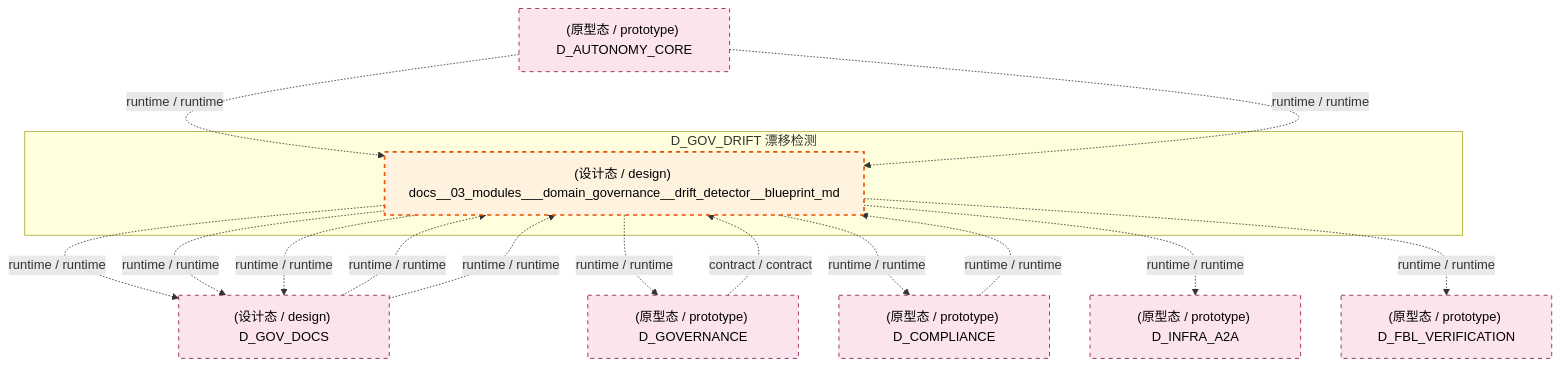
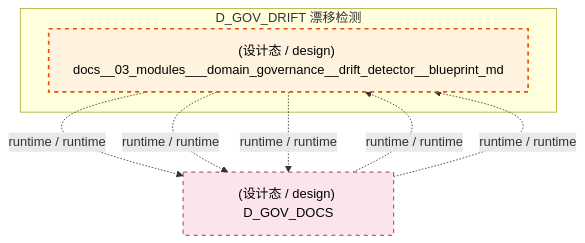
One commit to xuanFelixVan/ZephyrAlpha changed the fifth of 7 diagrams in docs/02_enterprise_architecture/02_domain_architecture_docs/39_d_gov_drift.md. Above: the diagram before and after it, drawn with Mermaid. The commit also changed other lines of this file and 122 other files, not shown here.

````diff
--- a/docs/02_enterprise_architecture/02_domain_architecture_docs/39_d_gov_drift.md
+++ b/docs/02_enterprise_architecture/02_domain_architecture_docs/39_d_gov_drift.md
@@ -531,31 +540,18 @@
 ```mermaid
 graph TD
     subgraph D_GOV_DRIFT["D_GOV_DRIFT 漂移检测"]
         docs_03_modules_domain_governance_drift_detector_blueprint_md["(设计态 / design) docs__03_modules___domain_governance__drift_detector__blueprint_md"]
     end
     D_GOV_DOCS["(设计态 / design) D_GOV_DOCS"]
     docs_03_modules_domain_governance_drift_detector_blueprint_md -.->|runtime / runtime| D_GOV_DOCS
-    D_GOVERNANCE["(原型态 / prototype) D_GOVERNANCE"]
-    docs_03_modules_domain_governance_drift_detector_blueprint_md -.->|runtime / runtime| D_GOVERNANCE
-    D_COMPLIANCE["(原型态 / prototype) D_COMPLIANCE"]
-    docs_03_modules_domain_governance_drift_detector_blueprint_md -.->|runtime / runtime| D_COMPLIANCE
-    D_INFRA_A2A["(原型态 / prototype) D_INFRA_A2A"]
-    docs_03_modules_domain_governance_drift_detector_blueprint_md -.->|runtime / runtime| D_INFRA_A2A
-    D_FBL_VERIFICATION["(原型态 / prototype) D_FBL_VERIFICATION"]
-    docs_03_modules_domain_governance_drift_detector_blueprint_md -.->|runtime / runtime| D_FBL_VERIFICATION
     docs_03_modules_domain_governance_drift_detector_blueprint_md -.->|runtime / runtime| D_GOV_DOCS
     docs_03_modules_domain_governance_drift_detector_blueprint_md -.->|runtime / runtime| D_GOV_DOCS
-    D_COMPLIANCE -.->|runtime / runtime| docs_03_modules_domain_governance_drift_detector_blueprint_md
     D_GOV_DOCS -.->|runtime / runtime| docs_03_modules_domain_governance_drift_detector_blueprint_md
     D_GOV_DOCS -.->|runtime / runtime| docs_03_modules_domain_governance_drift_detector_blueprint_md
-    D_GOVERNANCE -.->|contract / contract| docs_03_modules_domain_governance_drift_detector_blueprint_md
-    D_AUTONOMY_CORE["(原型态 / prototype) D_AUTONOMY_CORE"]
-    D_AUTONOMY_CORE -.->|runtime / runtime| docs_03_modules_domain_governance_drift_detector_blueprint_md
-    D_AUTONOMY_CORE -.->|runtime / runtime| docs_03_modules_domain_governance_drift_detector_blueprint_md
     classDef production fill:#e1f5fe,stroke:#01579b,stroke-width:2px,color:#000
     classDef design fill:#fff3e0,stroke:#e65100,stroke-width:2px,color:#000,stroke-dasharray: 5 5
     classDef external_prod fill:#e8f5e9,stroke:#1b5e20,stroke-width:1px,color:#000
     classDef external_design fill:#fce4ec,stroke:#880e4f,stroke-width:1px,color:#000,stroke-dasharray: 5 5
     class docs_03_modules_domain_governance_drift_detector_blueprint_md design
-    class D_GOV_DOCS,D_GOVERNANCE,D_COMPLIANCE,D_INFRA_A2A,D_FBL_VERIFICATION,D_AUTONOMY_CORE external_design
+    class D_GOV_DOCS external_design
 ```
````
